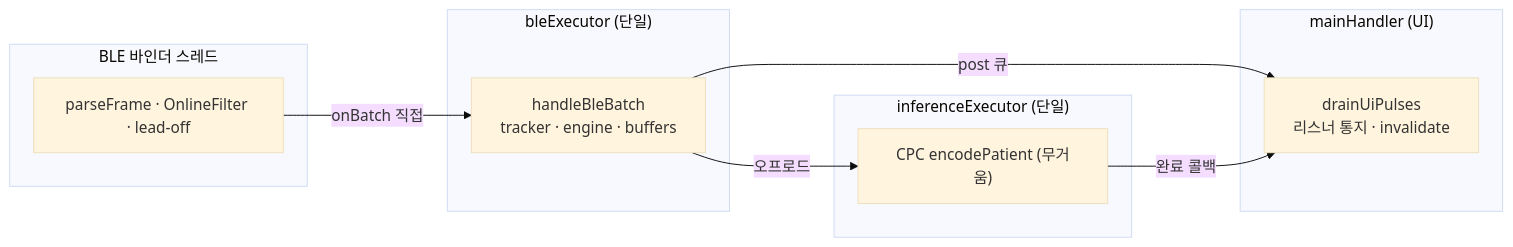
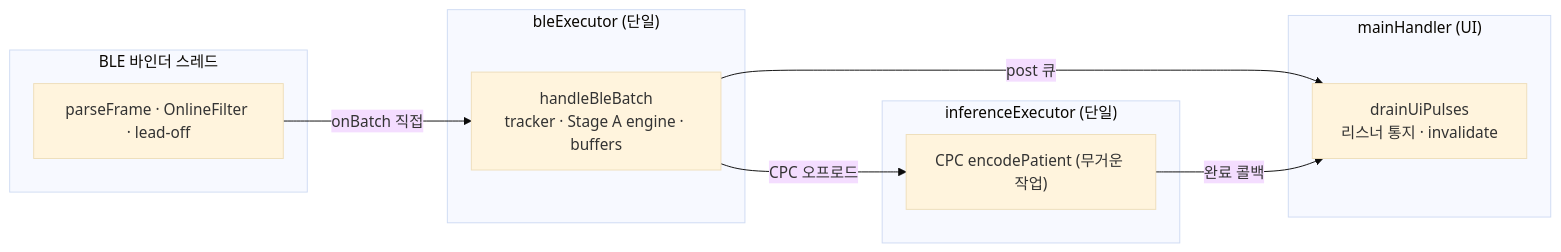
One commit to h4xryu/ECG-Realtime-monitor changed diagram 12 of 12 in docs/DESIGN_SPEC.md. Above: the diagram before and after it, drawn with Mermaid (base theme). The commit also changed other lines of this file, not shown here.

````diff
--- a/docs/DESIGN_SPEC.md
+++ b/docs/DESIGN_SPEC.md
@@ -470,19 +666,19 @@
 ```mermaid
 flowchart LR
   subgraph Binder["BLE 바인더 스레드"]
     P["parseFrame · OnlineFilter · lead-off"]
   end
   subgraph Ble["bleExecutor (단일)"]
-    H["handleBleBatch<br/>tracker · engine · buffers"]
+    H["handleBleBatch<br/>tracker · Stage A engine · buffers"]
   end
   subgraph Inf["inferenceExecutor (단일)"]
-    E["CPC encodePatient (무거움)"]
+    E["CPC encodePatient (무거운 작업)"]
   end
   subgraph Main["mainHandler (UI)"]
     D["drainUiPulses<br/>리스너 통지 · invalidate"]
   end
   P -->|onBatch 직접| H
   H -->|post 큐| D
-  H -->|오프로드| E
+  H -->|CPC 오프로드| E
   E -->|완료 콜백| D
 ```
````
